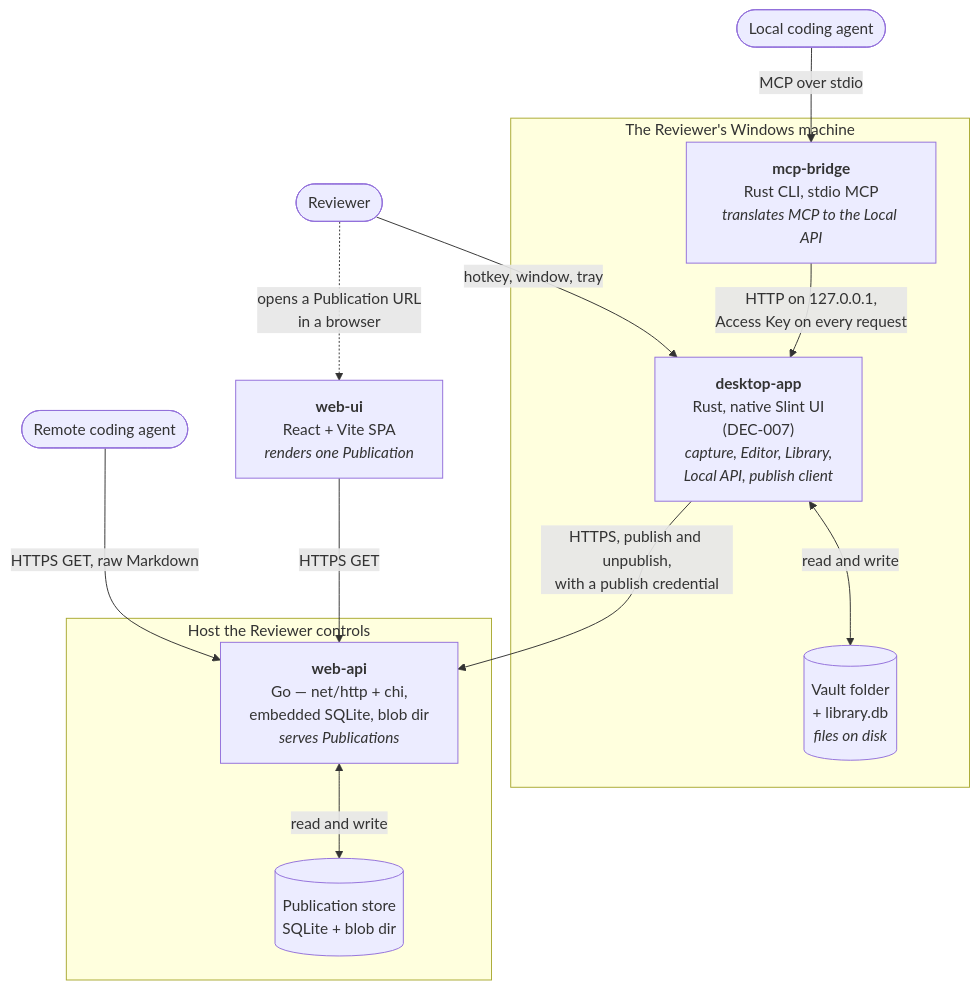
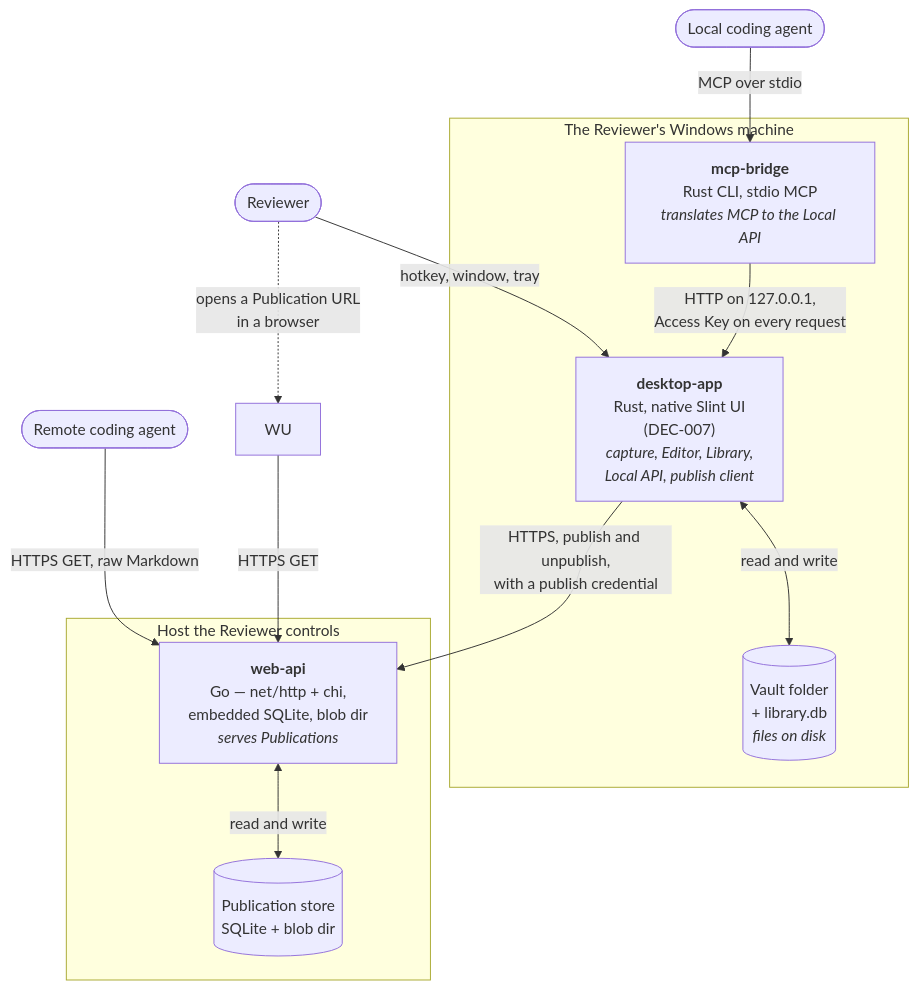
One commit to wiradigitalid/snapdown changed the diagram in .how/_platform/c4-l2-containers.md. Above: the diagram before and after it, drawn with Mermaid. The commit also changed other lines of this file and 9 other files, not shown here.

````diff
--- a/.how/_platform/c4-l2-containers.md
+++ b/.how/_platform/c4-l2-containers.md
@@ -16,29 +16,27 @@
 ```mermaid
 graph TB
     R(["Reviewer"])
     LA(["Local coding agent"])
     RA(["Remote coding agent"])
 
     subgraph MACHINE["The Reviewer's Windows machine"]
         DA["<b>desktop-app</b><br/>Rust, native Slint UI<br/>(DEC-007)<br/><i>capture, Editor, Library,<br/>Local API, publish client</i>"]
         MB["<b>mcp-bridge</b><br/>Rust CLI, stdio MCP<br/><i>translates MCP to the Local API</i>"]
         VAULT[("Vault folder<br/>+ library.db<br/><i>files on disk</i>")]
     end
 
     subgraph HOST["Host the Reviewer controls"]
         WA["<b>web-api</b><br/>Go — net/http + chi,<br/>embedded SQLite, blob dir<br/><i>serves Publications</i>"]
         WSTORE[("Publication store<br/>SQLite + blob dir")]
     end
 
-    WU["<b>web-ui</b><br/>React + Vite SPA<br/><i>renders one Publication</i>"]
-
     R -->|"hotkey, window, tray"| DA
     LA -->|"MCP over stdio"| MB
     MB -->|"HTTP on 127.0.0.1,<br/>Access Key on every request"| DA
     DA <-->|"read and write"| VAULT
     DA -->|"HTTPS, publish and unpublish,<br/>with a publish credential"| WA
     WA <-->|"read and write"| WSTORE
     RA -->|"HTTPS GET, raw Markdown"| WA
     R -.->|"opens a Publication URL<br/>in a browser"| WU
     WU -->|"HTTPS GET"| WA
 ```
````
